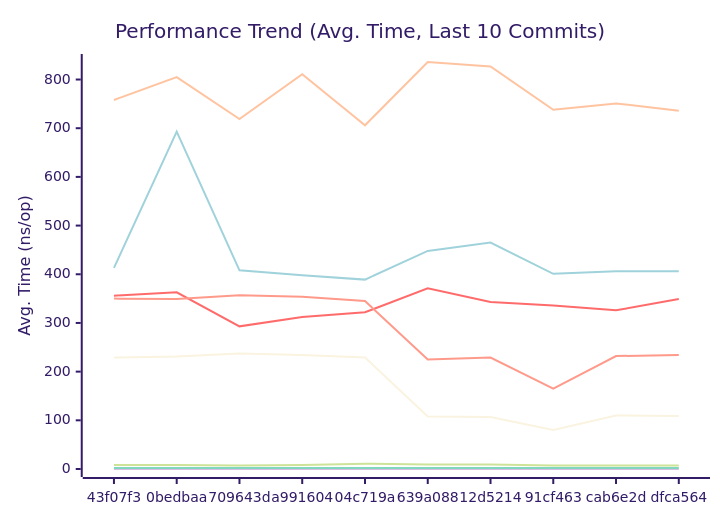
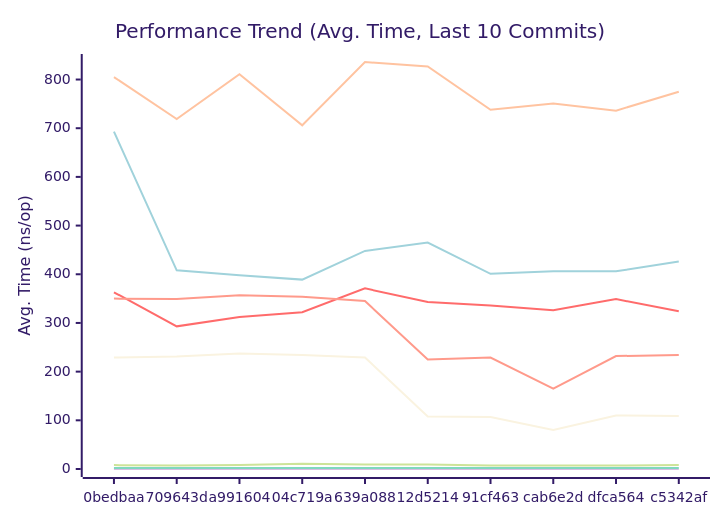
One commit to alsotoes/momo changed the first of 3 diagrams in docs/PERFORMANCE.md. Above: the diagram before and after it, drawn with Mermaid (forest theme). The commit also changed other lines of this file and 2 other files, not shown here.

````diff
--- a/docs/PERFORMANCE.md
+++ b/docs/PERFORMANCE.md
@@ -80,16 +80,16 @@
 ```mermaid
 xychart-beta
     title "Performance Trend (Avg. Time, Last 10 Commits)"
     x-axis "Commit"
     y-axis "Avg. Time (ns/op)"
-    x-axis [43f07f3,0bedbaa,709643d,a991604,04c719a,639a088,12d5214,91cf463,cab6e2d,dfca564]
-    line "CheckMetricsAndSwap" [8,8,7,8,11,9,9,7,7,7]
-    line "CrushOptimized" [356,363,293,312,322,371,343,336,326,349]
-    line "CrushOriginal" [413,693,408,398,389,448,465,401,406,406]
+    x-axis [0bedbaa,709643d,a991604,04c719a,639a088,12d5214,91cf463,cab6e2d,dfca564,c5342af]
+    line "CheckMetricsAndSwap" [8,7,8,11,9,9,7,7,7,8]
+    line "CrushOptimized" [363,293,312,322,371,343,336,326,349,324]
+    line "CrushOriginal" [693,408,398,389,448,465,401,406,406,426]
     line "IndexDirectTracking" [0,0,0,0,0,0,0,0,0,0]
     line "IndexSearch" [2,2,2,2,2,2,2,2,2,2]
-    line "LoadGlobalConfig" [758,805,719,811,706,836,827,738,751,736]
+    line "LoadGlobalConfig" [805,719,811,706,836,827,738,751,736,775]
     line "PadString" [2,2,2,2,2,2,2,2,2,2]
     line "ParseReplicationOrder_NoPrealloc" [350,349,357,354,345,225,229,165,232,234]
     line "ParseReplicationOrder_Prealloc" [229,231,237,234,229,108,107,80,110,109]
 ```
````
